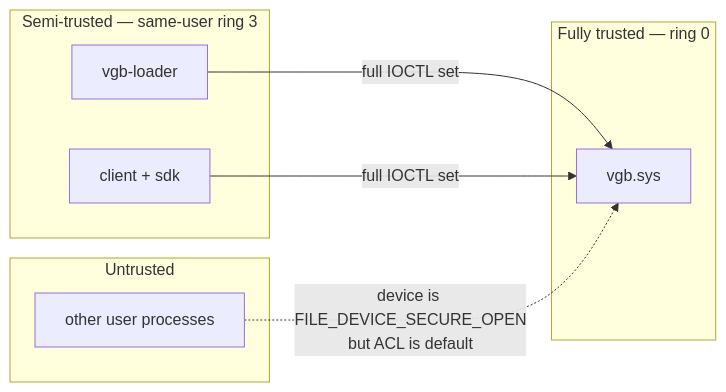
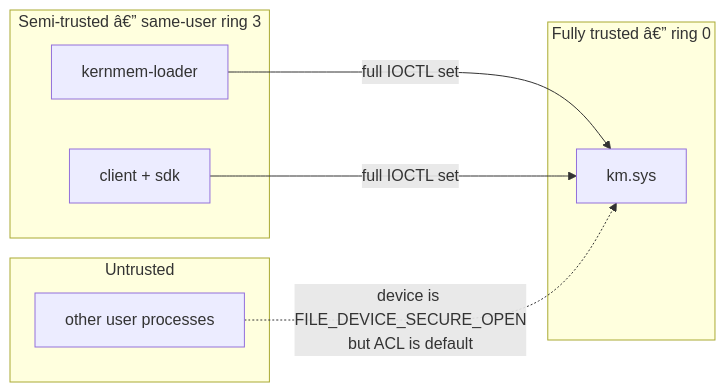
The second of 5 diagrams in docs/architecture.md (0xMALVEE/kernmem), drawn with Mermaid before and after one commit. The commit also changed other lines of this file and 919 other files, not shown here.

````diff
--- a/docs/architecture.md
+++ b/docs/architecture.md
@@ -58,17 +58,17 @@
 ```mermaid
 flowchart LR
-    subgraph TRUSTED["Fully trusted — ring 0"]
-        A["vgb.sys"]
+    subgraph TRUSTED["Fully trusted â€” ring 0"]
+        A["km.sys"]
     end
-    subgraph SEMI["Semi-trusted — same-user ring 3"]
-        B["vgb-loader"]
+    subgraph SEMI["Semi-trusted â€” same-user ring 3"]
+        B["kernmem-loader"]
         C["client + sdk"]
     end
     subgraph UNTRUSTED["Untrusted"]
         D["other user processes"]
     end
 
     B -->|"full IOCTL set"| A
     C -->|"full IOCTL set"| A
     D -.->|"device is FILE_DEVICE_SECURE_OPEN<br/>but ACL is default"| A
 ```
````
